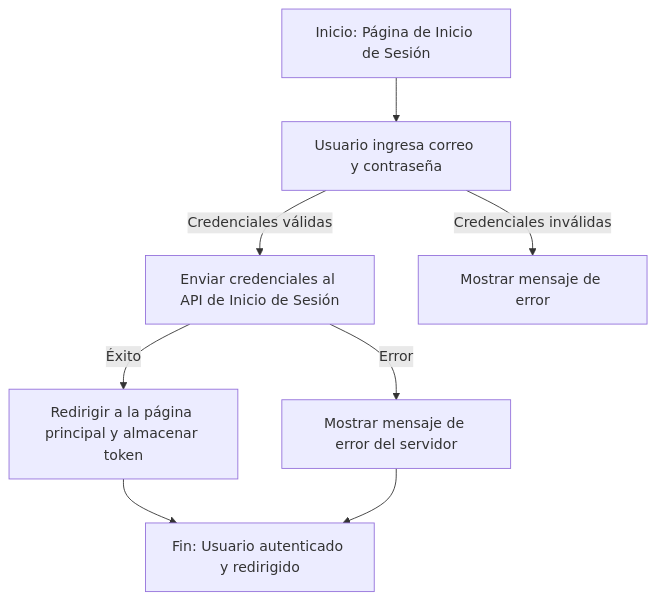
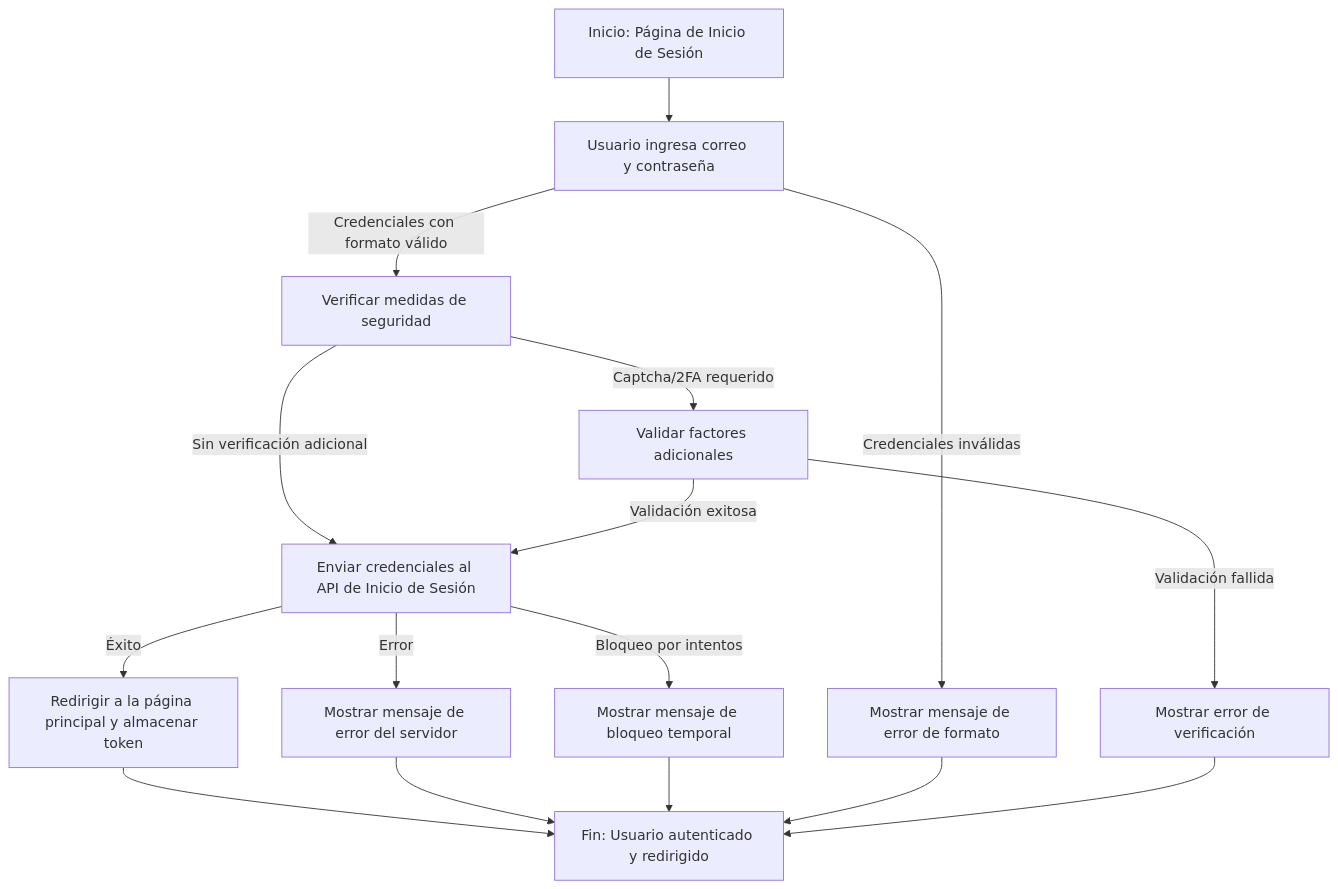
One commit to josuedanielbust/docucol changed the first of 2 diagrams in docs/architecture/C4-DigramaFlujo.md. Above: the diagram before and after it, drawn with Mermaid. The commit also changed other lines of this file and 12 other files, not shown here.

````diff
--- a/docs/architecture/C4-DigramaFlujo.md
+++ b/docs/architecture/C4-DigramaFlujo.md
@@ -13,12 +16,21 @@
 ```mermaid
 graph TD
     A[Inicio: Página de Inicio de Sesión] --> B[Usuario ingresa correo y contraseña]
-    B -->|Credenciales válidas| C[Enviar credenciales al API de Inicio de Sesión]
-    B -->|Credenciales inválidas| D[Mostrar mensaje de error]
-
-    C -->|Éxito| E[Redirigir a la página principal y almacenar token]
-    C -->|Error| F[Mostrar mensaje de error del servidor]
-
+    B -->|Credenciales con formato válido| C1[Verificar medidas de seguridad]
+    B -->|Credenciales inválidas| D[Mostrar mensaje de error de formato]
+    
+    C1 -->|Captcha/2FA requerido| C2[Validar factores adicionales]
+    C1 -->|Sin verificación adicional| C3[Enviar credenciales al API de Inicio de Sesión]
+    C2 -->|Validación exitosa| C3
+    C2 -->|Validación fallida| D2[Mostrar error de verificación]
+    
+    C3 -->|Éxito| E[Redirigir a la página principal y almacenar token]
+    C3 -->|Error| F[Mostrar mensaje de error del servidor]
+    C3 -->|Bloqueo por intentos| F2[Mostrar mensaje de bloqueo temporal]
+    
     E --> G[Fin: Usuario autenticado y redirigido]
     F --> G
+    F2 --> G
+    D --> G
+    D2 --> G
 ```
````
